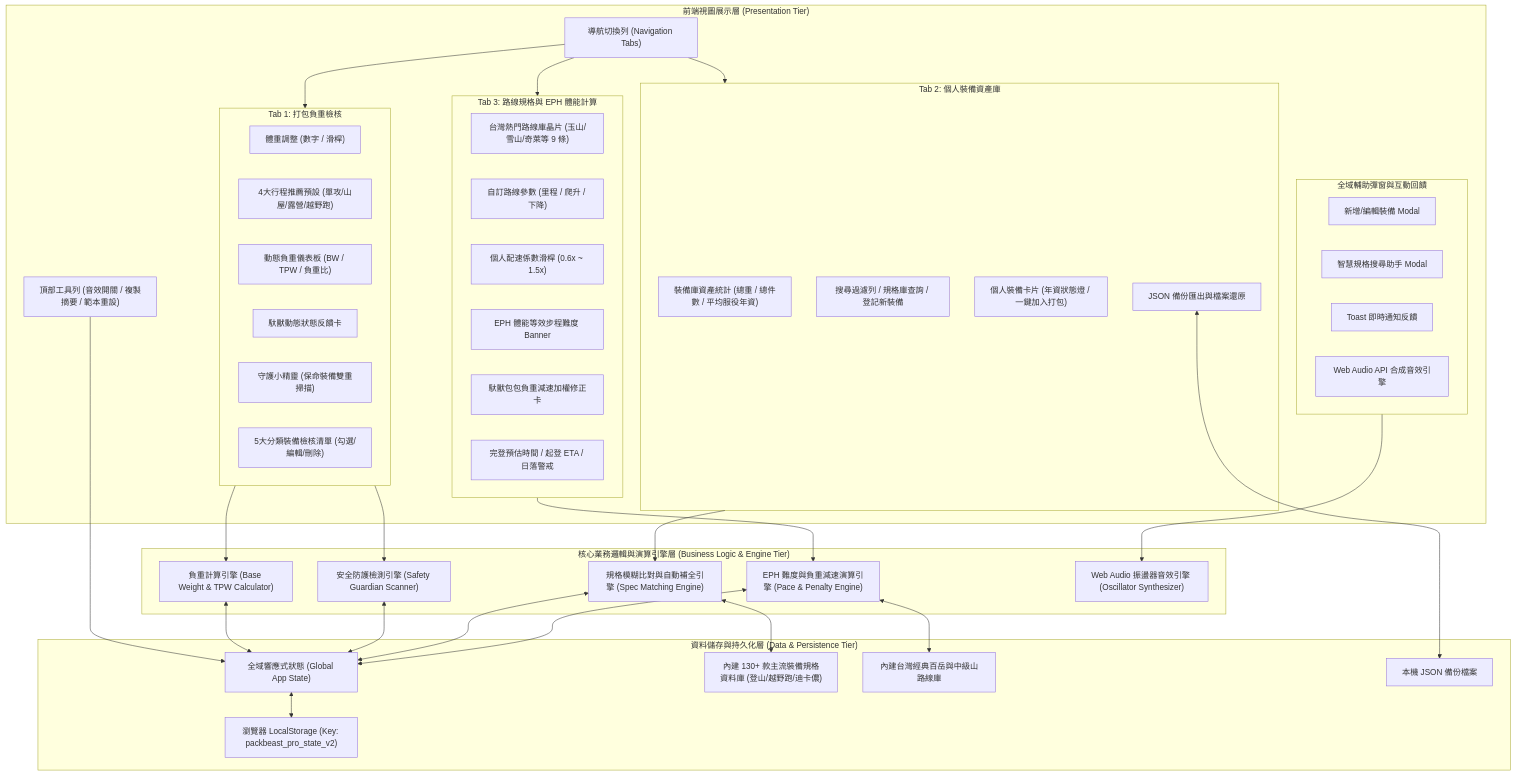
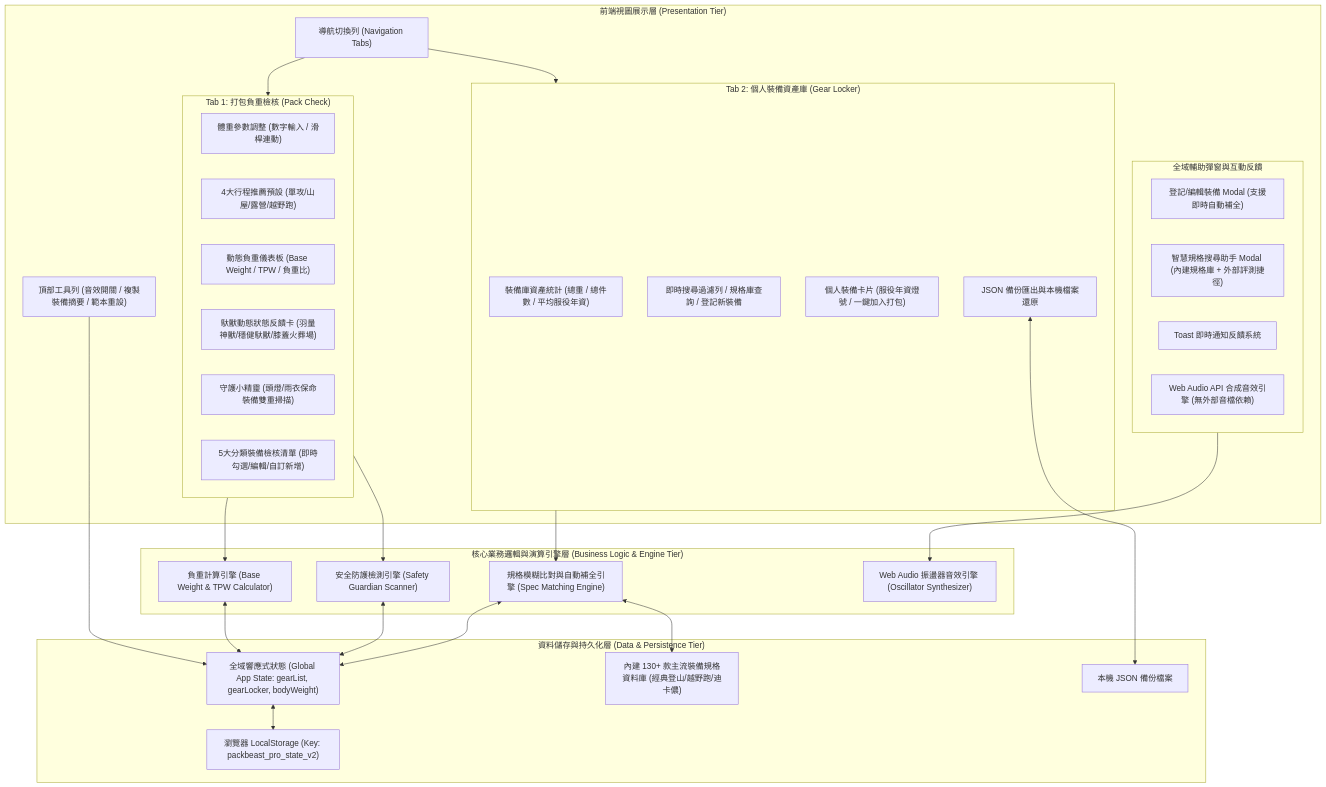
Before and after one commit to PhilipLin0211/115_1_TAICA_IVEAI: the first of 4 diagrams in ARCHITECTURE.md, drawn with Mermaid. The commit also changed other lines of this file and 3 other files, not shown here.

````diff
--- a/ARCHITECTURE.md
+++ b/ARCHITECTURE.md
@@ -11,69 +11,56 @@
 ```mermaid
 graph TB
     subgraph Client_UI ["前端視圖展示層 (Presentation Tier)"]
         Nav["導航切換列 (Navigation Tabs)"]
-        Header["頂部工具列 (音效開關 / 複製摘要 / 範本重設)"]
+        Header["頂部工具列 (音效開關 / 複製裝備摘要 / 範本重設)"]
         
-        subgraph Tab1 ["Tab 1: 打包負重檢核"]
-            T1_Input["體重調整 (數字 / 滑桿)"]
+        subgraph Tab1 ["Tab 1: 打包負重檢核 (Pack Check)"]
+            T1_Input["體重參數調整 (數字輸入 / 滑桿連動)"]
             T1_Presets["4大行程推薦預設 (單攻/山屋/露營/越野跑)"]
-            T1_Dash["動態負重儀表板 (BW / TPW / 負重比)"]
-            T1_Mascot["馱獸動態狀態反饋卡"]
-            T1_Guardian["守護小精靈 (保命裝備雙重掃描)"]
-            T1_Checklist["5大分類裝備檢核清單 (勾選/編輯/刪除)"]
+            T1_Dash["動態負重儀表板 (Base Weight / TPW / 負重比)"]
+            T1_Mascot["馱獸動態狀態反饋卡 (羽量神獸/穩健馱獸/膝蓋火葬場)"]
+            T1_Guardian["守護小精靈 (頭燈/雨衣保命裝備雙重掃描)"]
+            T1_Checklist["5大分類裝備檢核清單 (即時勾選/編輯/自訂新增)"]
         end
 
-        subgraph Tab2 ["Tab 2: 個人裝備資產庫"]
+        subgraph Tab2 ["Tab 2: 個人裝備資產庫 (Gear Locker)"]
             T2_Stats["裝備庫資產統計 (總重 / 總件數 / 平均服役年資)"]
-            T2_Toolbar["搜尋過濾列 / 規格庫查詢 / 登記新裝備"]
-            T2_Grid["個人裝備卡片 (年資狀態燈 / 一鍵加入打包)"]
-            T2_Backup["JSON 備份匯出與檔案還原"]
+            T2_Toolbar["即時搜尋過濾列 / 規格庫查詢 / 登記新裝備"]
+            T2_Grid["個人裝備卡片 (服役年資燈號 / 一鍵加入打包)"]
+            T2_Backup["JSON 備份匯出與本機檔案還原"]
         end
 
-        subgraph Tab3 ["Tab 3: 路線規格與 EPH 體能計算"]
-            T3_RouteChips["台灣熱門路線庫晶片 (玉山/雪山/奇萊等 9 條)"]
-            T3_Inputs["自訂路線參數 (里程 / 爬升 / 下降)"]
-            T3_Pace["個人配速係數滑桿 (0.6x ~ 1.5x)"]
-            T3_EPH["EPH 體能等效步程難度 Banner"]
-            T3_Penalty["馱獸包包負重減速加權修正卡"]
-            T3_ETA["完登預估時間 / 起登 ETA / 日落警戒"]
-        end
-
-        subgraph Global_Modals ["全域輔助彈窗與互動回饋"]
-            M_AddGear["新增/編輯裝備 Modal"]
-            M_SpecSearch["智慧規格搜尋助手 Modal"]
-            M_Toast["Toast 即時通知反饋"]
-            M_Audio["Web Audio API 合成音效引擎"]
+        subgraph Global_Modals ["全域輔助彈窗與互動反饋"]
+            M_AddGear["登記/編輯裝備 Modal (支援即時自動補全)"]
+            M_SpecSearch["智慧規格搜尋助手 Modal (內建規格庫 + 外部評測捷徑)"]
+            M_Toast["Toast 即時通知反饋系統"]
+            M_Audio["Web Audio API 合成音效引擎 (無外部音檔依賴)"]
         end
     end
 
     subgraph Logic_Tier ["核心業務邏輯與演算引擎層 (Business Logic & Engine Tier)"]
         E_Weight["負重計算引擎 (Base Weight & TPW Calculator)"]
         E_Safety["安全防護檢測引擎 (Safety Guardian Scanner)"]
         E_Spec["規格模糊比對與自動補全引擎 (Spec Matching Engine)"]
-        E_Route["EPH 難度與負重減速演算引擎 (Pace & Penalty Engine)"]
         E_Sound["Web Audio 振盪器音效引擎 (Oscillator Synthesizer)"]
     end
 
     subgraph Data_Tier ["資料儲存與持久化層 (Data & Persistence Tier)"]
-        S_State["全域響應式狀態 (Global App State)"]
-        DB_Specs["內建 130+ 款主流裝備規格資料庫 (登山/越野跑/迪卡儂)"]
-        DB_Routes["內建台灣經典百岳與中級山路線庫"]
+        S_State["全域響應式狀態 (Global App State: gearList, gearLocker, bodyWeight)"]
+        DB_Specs["內建 130+ 款主流裝備規格資料庫 (經典登山/越野跑/迪卡儂)"]
         Local_Storage["瀏覽器 LocalStorage (Key: packbeast_pro_state_v2)"]
         JSON_File["本機 JSON 備份檔案"]
     end
 
     %% 連接關係
     Header --> S_State
-    Nav --> Tab1 & Tab2 & Tab3
+    Nav --> Tab1 & Tab2
     Tab1 --> E_Weight & E_Safety
     Tab2 --> E_Spec
-    Tab3 --> E_Route
     Global_Modals --> E_Sound
 
-    E_Weight & E_Safety & E_Spec & E_Route <--> S_State
+    E_Weight & E_Safety & E_Spec <--> S_State
     E_Spec <--> DB_Specs
-    E_Route <--> DB_Routes
     S_State <--> Local_Storage
     T2_Backup <--> JSON_File
 ```
````
